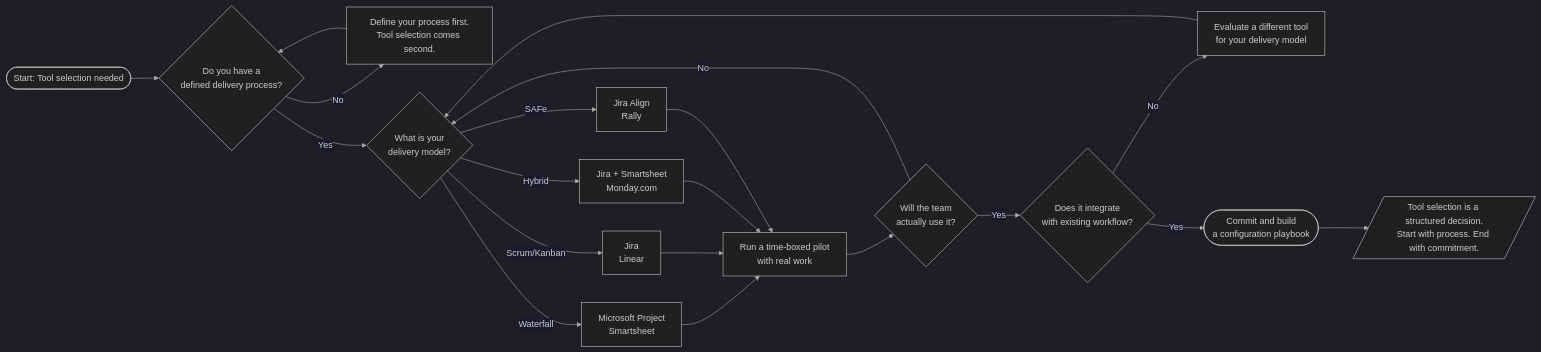
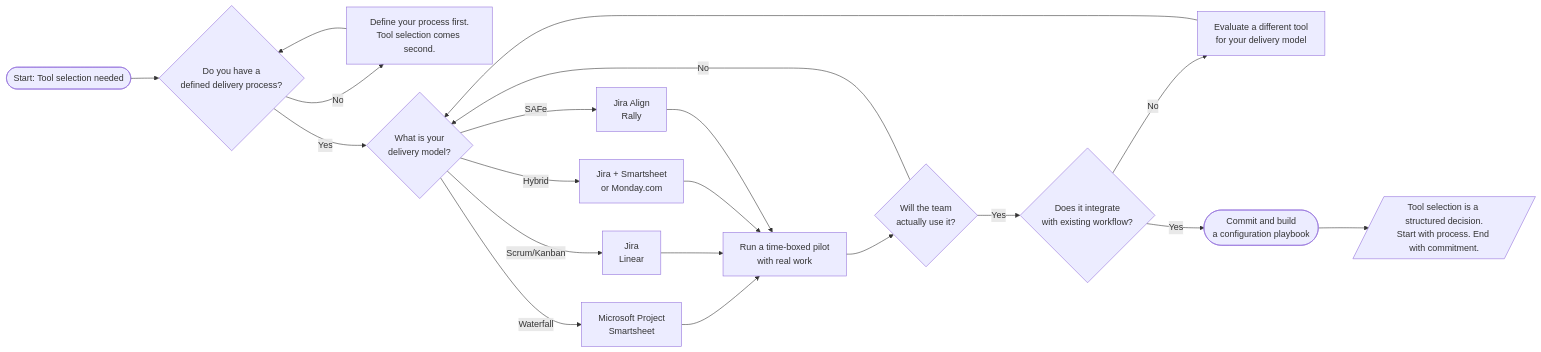
The diagram in src/content/blog/26-jira-pdu/index.mdx (jeff-mos-def/jeffcamacho-micro), drawn with Mermaid before and after one commit. The commit also changed other lines of this file and 4 other files, not shown here.

Commit message:
Gave up on mermaid

````diff
--- a/src/content/blog/26-jira-pdu/index.mdx
+++ b/src/content/blog/26-jira-pdu/index.mdx
@@ -83,26 +85,22 @@
 ```mermaid
-%%{init: {'theme': 'dark', 'title': 'Tool Selection Decision Flow', 'themeVariables': {'primaryColor': '#2a2860', 'primaryTextColor': '#ffffff', 'primaryBorderColor': '#7B74E0', 'lineColor': '#aaaaaa', 'secondaryColor': '#1a1a2e', 'tertiaryColor': '#1a1a2e', 'edgeLabelBackground': '#1a1a2e', 'clusterBkg': '#1a1a2e', 'titleColor': '#ffffff', 'fontFamily': 'Georgia, serif'}}}%%
 flowchart LR
     A([Start: Tool selection needed]) --> B{Do you have a<br/>defined delivery process?}
     B -- No --> C[Define your process first.<br/>Tool selection comes second.]
     C --> B
     B -- Yes --> D{What is your<br/>delivery model?}
- 
     D -- Waterfall --> E[Microsoft Project<br/>Smartsheet]
     D -- Scrum/Kanban --> F[Jira<br/>Linear]
-    D -- Hybrid --> G[Jira + Smartsheet<br/>Monday.com]
+    D -- Hybrid --> G[Jira + Smartsheet<br/>or Monday.com]
     D -- SAFe --> H[Jira Align<br/>Rally]
- 
     E --> J[Run a time-boxed pilot<br/>with real work]
     F --> J
     G --> J
     H --> J
- 
     J --> I{Will the team<br/>actually use it?}
     I -- No --> D
     I -- Yes --> K{Does it integrate<br/>with existing workflow?}
     K -- No --> L[Evaluate a different tool<br/>for your delivery model]
     L --> D
     K -- Yes --> M([Commit and build<br/>a configuration playbook])
     M --> N[/Tool selection is a structured decision.<br/>Start with process. End with commitment./]
 ```
````
